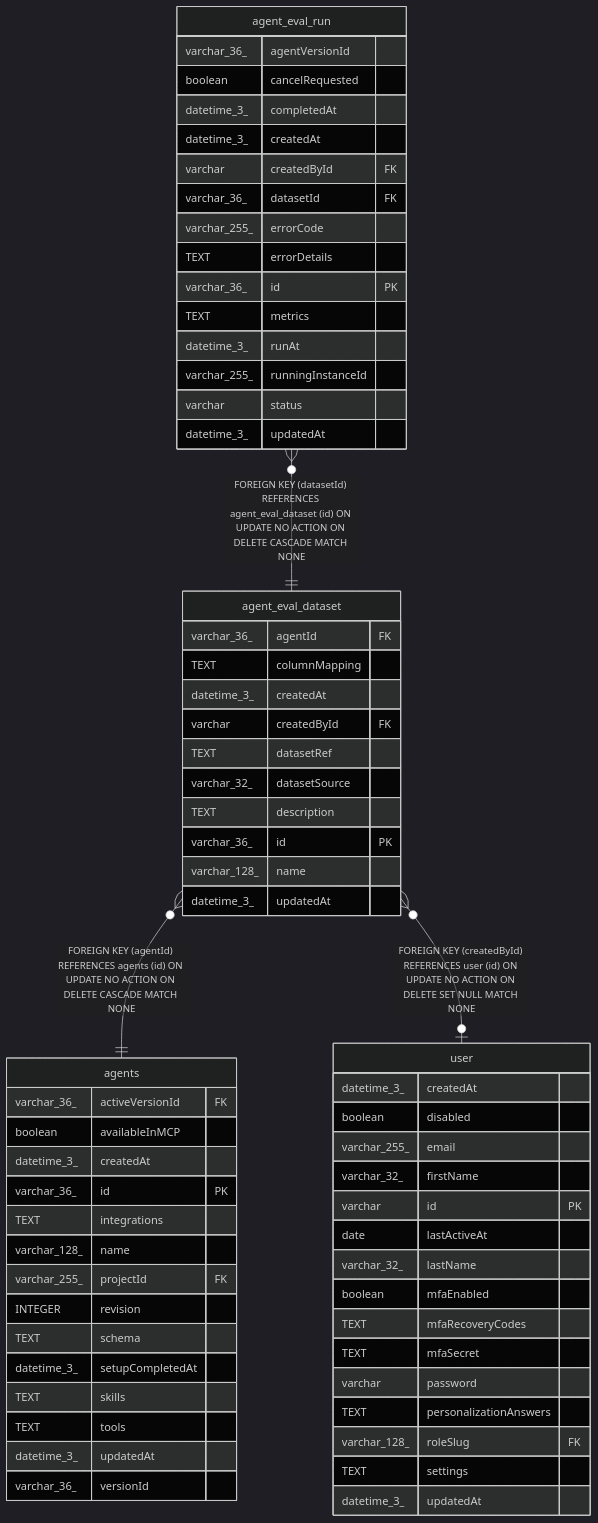
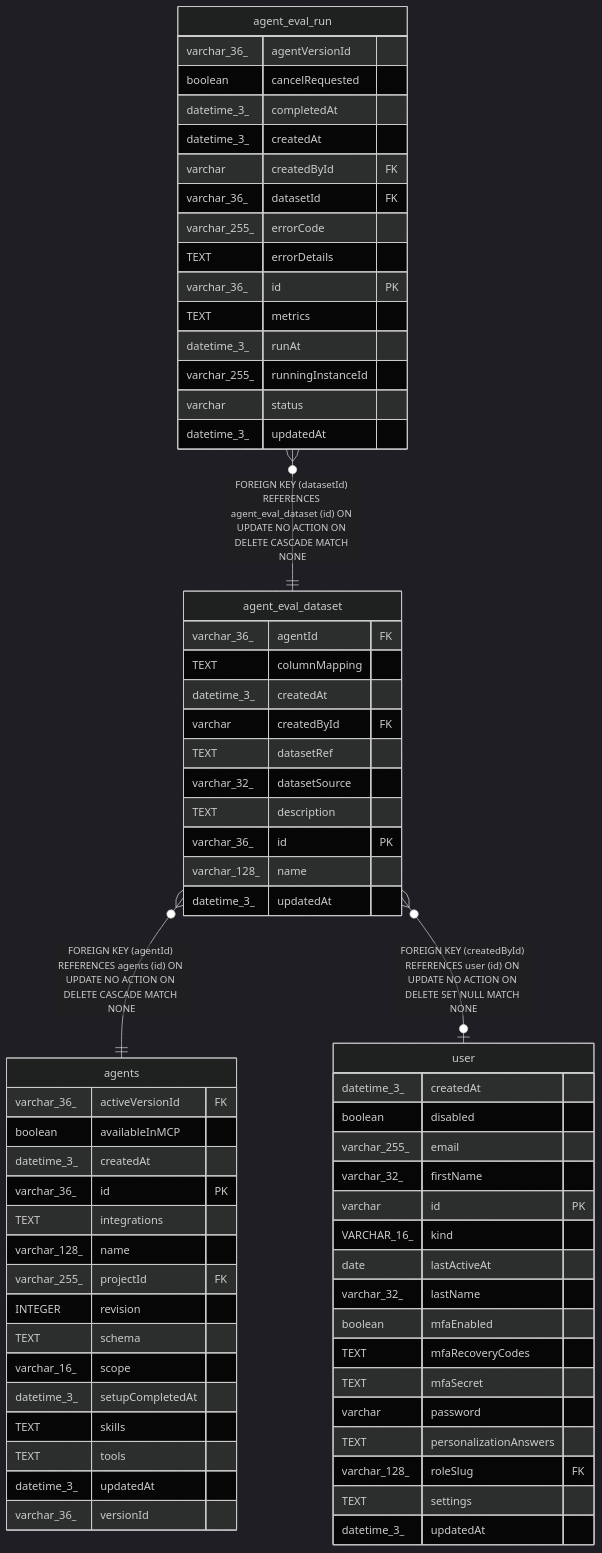
One commit to sreent/n8n changed the diagram in docs/generated/sqlite-schema/agent_eval_dataset.md. Above: the diagram before and after it, drawn with Mermaid (dark theme). The commit also changed 7993 other files, not shown here.

````diff
--- a/docs/generated/sqlite-schema/agent_eval_dataset.md
+++ b/docs/generated/sqlite-schema/agent_eval_dataset.md
@@ -48,69 +48,71 @@
 ```mermaid
 erDiagram
 
 "agent_eval_dataset" }o--|| "agents" : "FOREIGN KEY (agentId) REFERENCES agents (id) ON UPDATE NO ACTION ON DELETE CASCADE MATCH NONE"
 "agent_eval_dataset" }o--o| "user" : "FOREIGN KEY (createdById) REFERENCES user (id) ON UPDATE NO ACTION ON DELETE SET NULL MATCH NONE"
 "agent_eval_run" }o--|| "agent_eval_dataset" : "FOREIGN KEY (datasetId) REFERENCES agent_eval_dataset (id) ON UPDATE NO ACTION ON DELETE CASCADE MATCH NONE"
 
 "agent_eval_dataset" {
   varchar_36_ agentId FK
   TEXT columnMapping
   datetime_3_ createdAt
   varchar createdById FK
   TEXT datasetRef
   varchar_32_ datasetSource
   TEXT description
   varchar_36_ id PK
   varchar_128_ name
   datetime_3_ updatedAt
 }
 "agents" {
   varchar_36_ activeVersionId FK
   boolean availableInMCP
   datetime_3_ createdAt
   varchar_36_ id PK
   TEXT integrations
   varchar_128_ name
   varchar_255_ projectId FK
   INTEGER revision
   TEXT schema
+  varchar_16_ scope
   datetime_3_ setupCompletedAt
   TEXT skills
   TEXT tools
   datetime_3_ updatedAt
   varchar_36_ versionId
 }
 "user" {
   datetime_3_ createdAt
   boolean disabled
   varchar_255_ email
   varchar_32_ firstName
   varchar id PK
+  VARCHAR_16_ kind
   date lastActiveAt
   varchar_32_ lastName
   boolean mfaEnabled
   TEXT mfaRecoveryCodes
   TEXT mfaSecret
   varchar password
   TEXT personalizationAnswers
   varchar_128_ roleSlug FK
   TEXT settings
   datetime_3_ updatedAt
 }
 "agent_eval_run" {
   varchar_36_ agentVersionId
   boolean cancelRequested
   datetime_3_ completedAt
   datetime_3_ createdAt
   varchar createdById FK
   varchar_36_ datasetId FK
   varchar_255_ errorCode
   TEXT errorDetails
   varchar_36_ id PK
   TEXT metrics
   datetime_3_ runAt
   varchar_255_ runningInstanceId
   varchar status
   datetime_3_ updatedAt
 }
 ```
````
